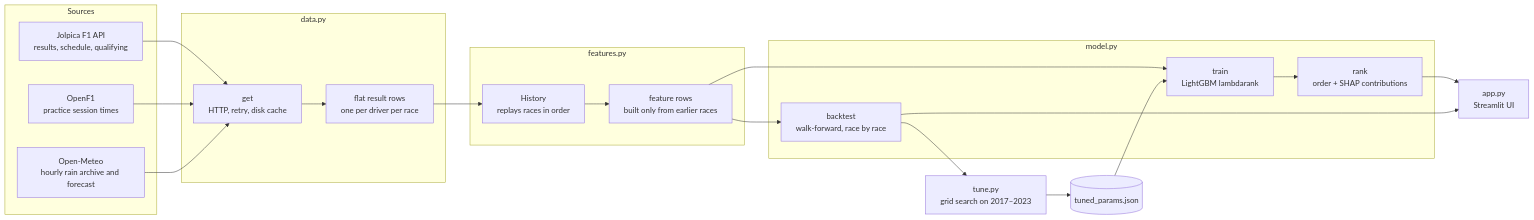
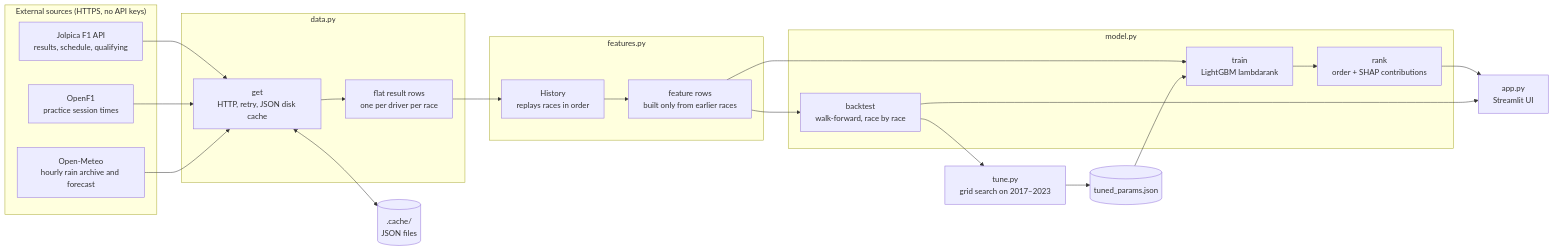
Before and after one commit to DorukMaltepe/my-formula-1: the third of 7 diagrams in README.md, drawn with Mermaid. The commit also changed other lines of this file, not shown here.

First line of the commit message:
Rewrite README with weekend workflow, architecture and security diagrams

````diff
--- a/README.md
+++ b/README.md
@@ -76,29 +110,30 @@
 ```mermaid
 flowchart LR
-    subgraph Sources
+    subgraph Sources["External sources (HTTPS, no API keys)"]
         J[Jolpica F1 API<br/>results, schedule, qualifying]
         O[OpenF1<br/>practice session times]
         W[Open-Meteo<br/>hourly rain archive and forecast]
     end
-    subgraph data.py
-        G[get<br/>HTTP, retry, disk cache] --> R[flat result rows<br/>one per driver per race]
+    subgraph D["data.py"]
+        G[get<br/>HTTP, retry, JSON disk cache] --> R[flat result rows<br/>one per driver per race]
     end
-    subgraph features.py
-        H[History<br/>replays races in order] --> F[feature rows<br/>built only from earlier races]
+    subgraph F["features.py"]
+        H[History<br/>replays races in order] --> FR[feature rows<br/>built only from earlier races]
     end
-    subgraph model.py
+    subgraph M["model.py"]
         T[train<br/>LightGBM lambdarank] --> P[rank<br/>order + SHAP contributions]
         B[backtest<br/>walk-forward, race by race]
     end
     J --> G
     O --> G
     W --> G
+    G <--> C[(".cache/<br/>JSON files")]
     R --> H
-    F --> T
-    F --> B
+    FR --> T
+    FR --> B
     B --> TU[tune.py<br/>grid search on 2017–2023]
-    TU --> J2[(tuned_params.json)]
-    J2 --> T
+    TU --> TP[(tuned_params.json)]
+    TP --> T
     P --> A[app.py<br/>Streamlit UI]
     B --> A
 ```
````
